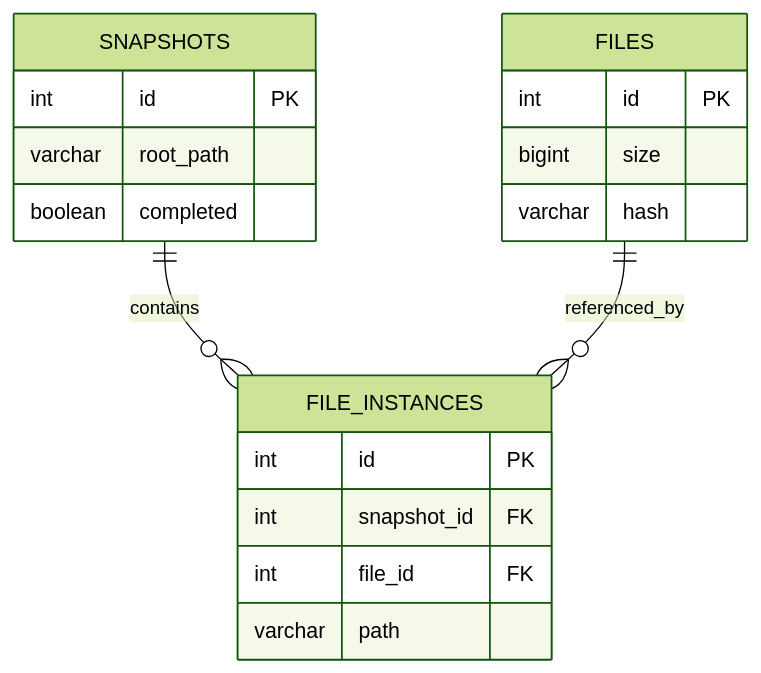
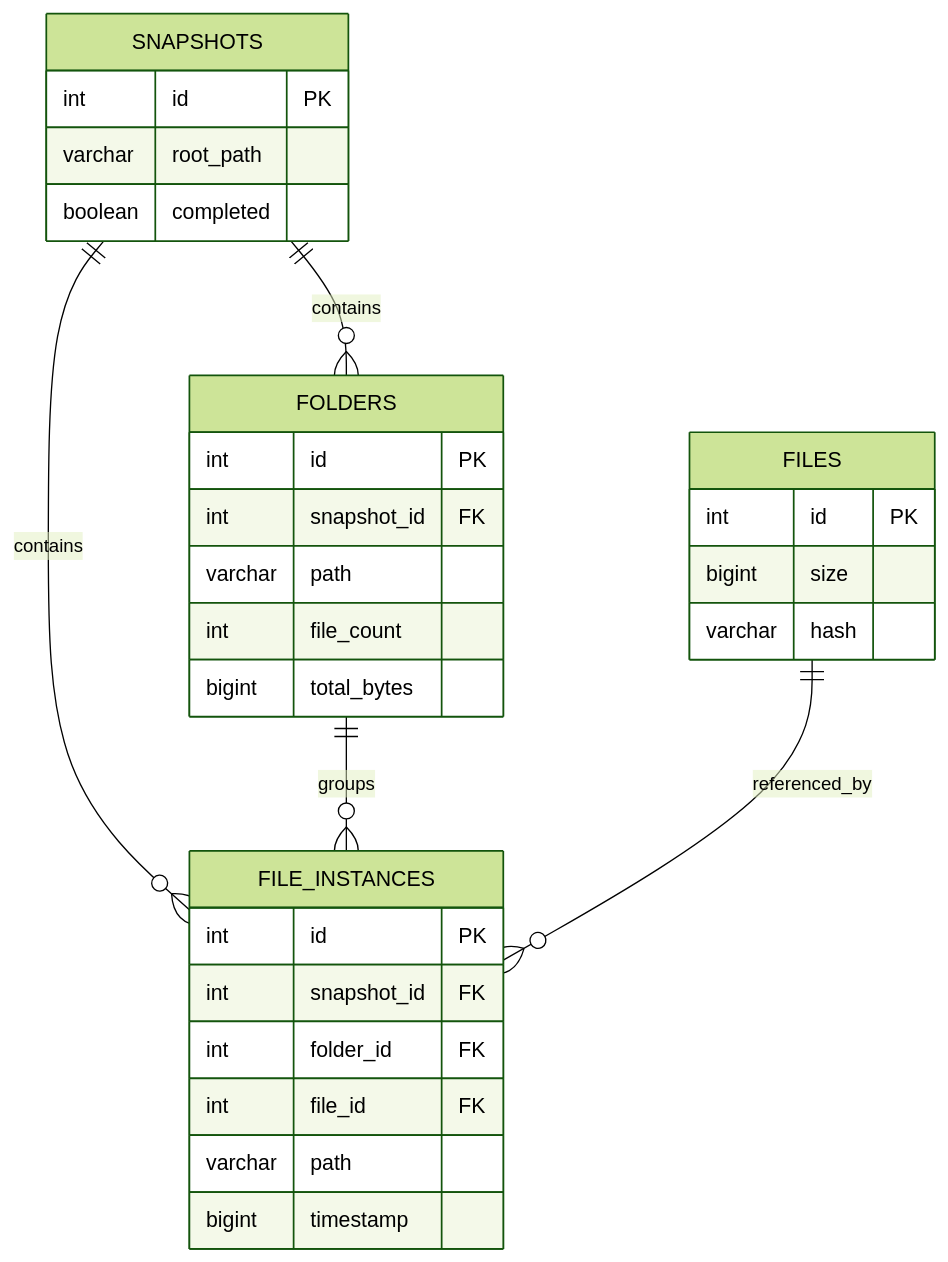
One commit to cherba29/boveda changed the second of 2 diagrams in README.md. Above: the diagram before and after it, drawn with Mermaid (forest theme). The commit also changed other lines of this file and 9 other files, not shown here.

````diff
--- a/README.md
+++ b/README.md
@@ -488,24 +551,36 @@
 ```mermaid
 erDiagram
+    SNAPSHOTS ||--o{ FOLDERS : contains
     SNAPSHOTS ||--o{ FILE_INSTANCES : contains
+    FOLDERS ||--o{ FILE_INSTANCES : groups
     FILES ||--o{ FILE_INSTANCES : referenced_by
 
     SNAPSHOTS {
         int id PK
         varchar root_path
         boolean completed
+    }
+
+    FOLDERS {
+        int id PK
+        int snapshot_id FK
+        varchar path
+        int file_count
+        bigint total_bytes
     }
 
     FILES {
         int id PK
         bigint size
         varchar hash
     }
 
     FILE_INSTANCES {
         int id PK
         int snapshot_id FK
+        int folder_id FK
         int file_id FK
         varchar path
+        bigint timestamp
     }
 ```
````
